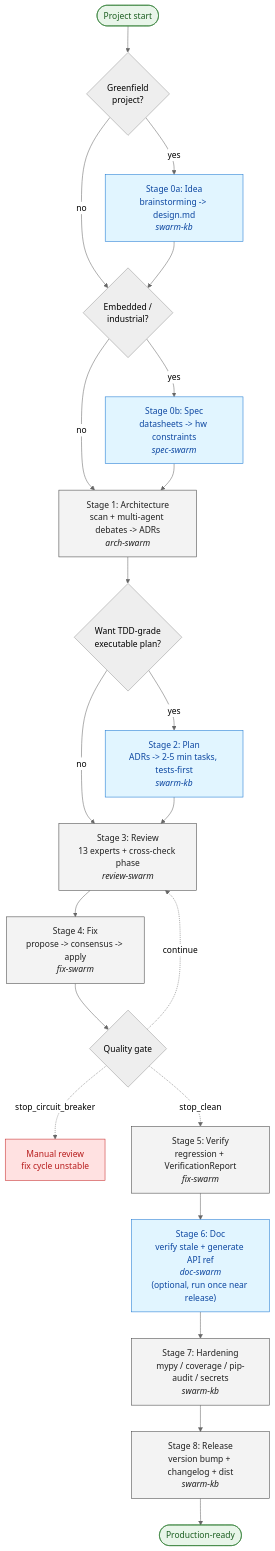
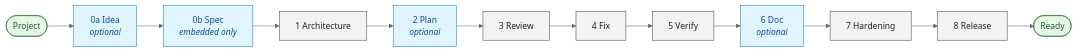
The diagram in README.md (fozzfut/swarm-suite), drawn with Mermaid (neutral theme) before and after one commit. The commit also changed other lines of this file and 9 other files, not shown here.

````diff
--- a/README.md
+++ b/README.md
@@ -173,50 +172,24 @@
 ```mermaid
-flowchart TD
-    Start([Project start])
-    GreenfieldQ{Greenfield<br/>project?}
-    Idea["Stage 0a: Idea<br/>brainstorming -> design.md<br/><i>swarm-kb</i>"]
-    EmbeddedQ{Embedded /<br/>industrial?}
-    Spec["Stage 0b: Spec<br/>datasheets -> hw constraints<br/><i>spec-swarm</i>"]
-    Arch["Stage 1: Architecture<br/>scan + multi-agent debates -> ADRs<br/><i>arch-swarm</i>"]
-    PlanQ{Want TDD-grade<br/>executable plan?}
-    Plan["Stage 2: Plan<br/>ADRs -> 2-5 min tasks, tests-first<br/><i>swarm-kb</i>"]
-    Review["Stage 3: Review<br/>13 experts + cross-check phase<br/><i>review-swarm</i>"]
-    Fix["Stage 4: Fix<br/>propose -> consensus -> apply<br/><i>fix-swarm</i>"]
-    Gate{Quality gate}
-    Manual["Manual review<br/>fix cycle unstable"]
-    Verify["Stage 5: Verify<br/>regression + VerificationReport<br/><i>fix-swarm</i>"]
-    Doc["Stage 6: Doc<br/>verify stale + generate API ref<br/><i>doc-swarm</i><br/>(optional, run once near release)"]
-    Hard["Stage 7: Hardening<br/>mypy / coverage / pip-audit / secrets<br/><i>swarm-kb</i>"]
-    Release["Stage 8: Release<br/>version bump + changelog + dist<br/><i>swarm-kb</i>"]
-    End([Production-ready])
+flowchart LR
+    Start([Project])
+    Idea["0a Idea<br/><i>optional</i>"]
+    Spec["0b Spec<br/><i>embedded only</i>"]
+    Arch["1 Architecture"]
+    Plan["2 Plan<br/><i>optional</i>"]
+    Review["3 Review"]
+    Fix["4 Fix"]
+    Verify["5 Verify"]
+    Doc["6 Doc<br/><i>optional</i>"]
+    Hard["7 Hardening"]
+    Release["8 Release"]
+    End([Ready])
 
-    Start --> GreenfieldQ
-    GreenfieldQ -- yes --> Idea
-    GreenfieldQ -- no --> EmbeddedQ
-    Idea --> EmbeddedQ
-    EmbeddedQ -- yes --> Spec
-    EmbeddedQ -- no --> Arch
-    Spec --> Arch
-    Arch --> PlanQ
-    PlanQ -- yes --> Plan
-    PlanQ -- no --> Review
-    Plan --> Review
-    Review --> Fix
-    Fix --> Gate
-    Gate -. continue .-> Review
-    Gate -. stop_circuit_breaker .-> Manual
-    Gate -. stop_clean .-> Verify
-    Verify --> Doc
-    Doc --> Hard
-    Hard --> Release
-    Release --> End
+    Start --> Idea --> Spec --> Arch --> Plan --> Review --> Fix --> Verify --> Doc --> Hard --> Release --> End
 
     classDef optional fill:#e1f5ff,stroke:#1976d2,color:#0d47a1
     classDef required fill:#f3f3f3,stroke:#424242,color:#212121
-    classDef alarm fill:#ffe1e1,stroke:#c62828,color:#b71c1c
     classDef terminal fill:#e8f5e9,stroke:#2e7d32,color:#1b5e20
     class Idea,Spec,Plan,Doc optional
     class Arch,Review,Fix,Verify,Hard,Release required
-    class Manual alarm
     class Start,End terminal
 ```
````
